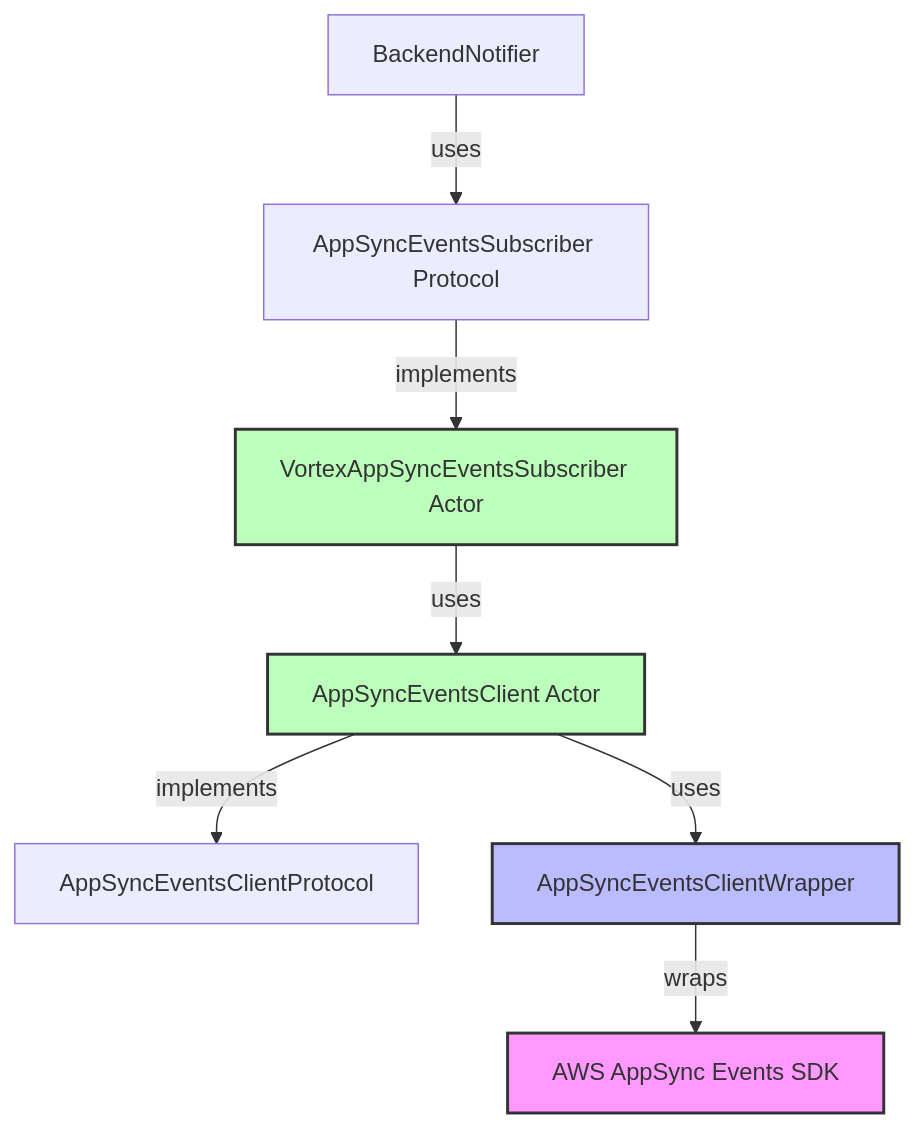
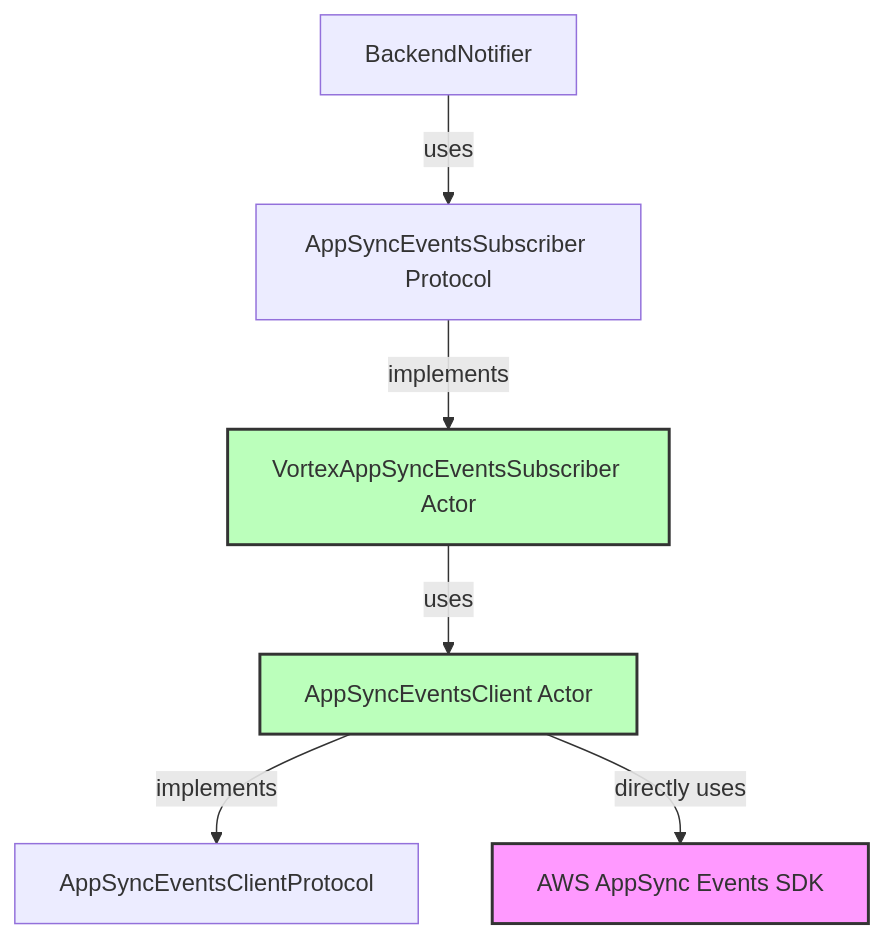
One commit to RyanChenVivo/iOSCharmander-ai-specs changed the diagram in openspec/changes/ios-migrate-subscription-to-appsync-events/design.md. Above: the diagram before and after it, drawn with Mermaid. The commit also changed other lines of this file, not shown here.

First line of the commit message:
docs(openspec): Update design.md to reflect simplified SDK integration

````diff
--- a/openspec/changes/ios-migrate-subscription-to-appsync-events/design.md
+++ b/openspec/changes/ios-migrate-subscription-to-appsync-events/design.md
@@ -44,14 +44,12 @@
 ```mermaid
 flowchart TD
     A[BackendNotifier] -->|uses| B[AppSyncEventsSubscriber Protocol]
     B -->|implements| C[VortexAppSyncEventsSubscriber Actor]
     C -->|uses| D[AppSyncEventsClient Actor]
     D -->|implements| E[AppSyncEventsClientProtocol]
-    D -->|uses| F[AppSyncEventsClientWrapper]
-    F -->|wraps| G[AWS AppSync Events SDK]
+    D -->|directly uses| F[AWS AppSync Events SDK]
 
-    style G fill:#f9f,stroke:#333,stroke-width:2px
-    style F fill:#bbf,stroke:#333,stroke-width:2px
+    style F fill:#f9f,stroke:#333,stroke-width:2px
     style D fill:#bfb,stroke:#333,stroke-width:2px
     style C fill:#bfb,stroke:#333,stroke-width:2px
 ```
````
